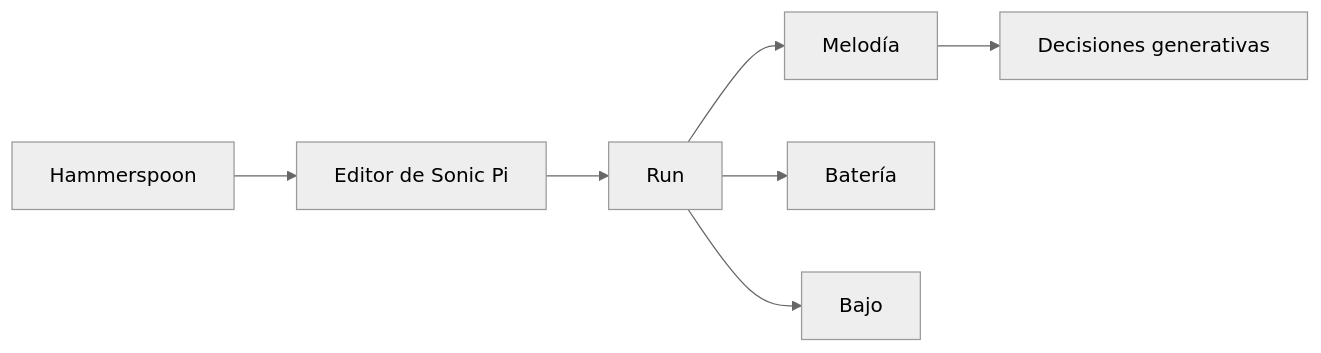
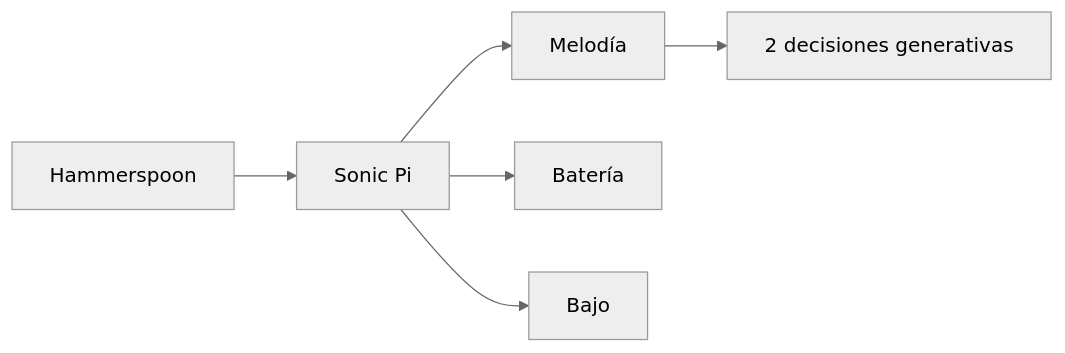
One commit to umarquez/glitxtober-automation-scripts changed the diagram in hammerspoon/episodes/01-codigo-sonido/README.md. Above: the diagram before and after it, drawn with Mermaid (neutral theme). The commit also changed other lines of this file and 34 other files, not shown here.

````diff
--- a/hammerspoon/episodes/01-codigo-sonido/README.md
+++ b/hammerspoon/episodes/01-codigo-sonido/README.md
@@ -13,9 +9,8 @@
 ```mermaid
 flowchart LR
-  H[Hammerspoon] --> E[Editor de Sonic Pi]
-  E --> R[Run]
-  R --> M[Melodía]
-  R --> D[Batería]
-  R --> B[Bajo]
-  M --> G[Decisiones generativas]
+  H[Hammerspoon] --> S[Sonic Pi]
+  S --> M[Melodía]
+  S --> D[Batería]
+  S --> B[Bajo]
+  M --> G[2 decisiones generativas]
 ```
````
